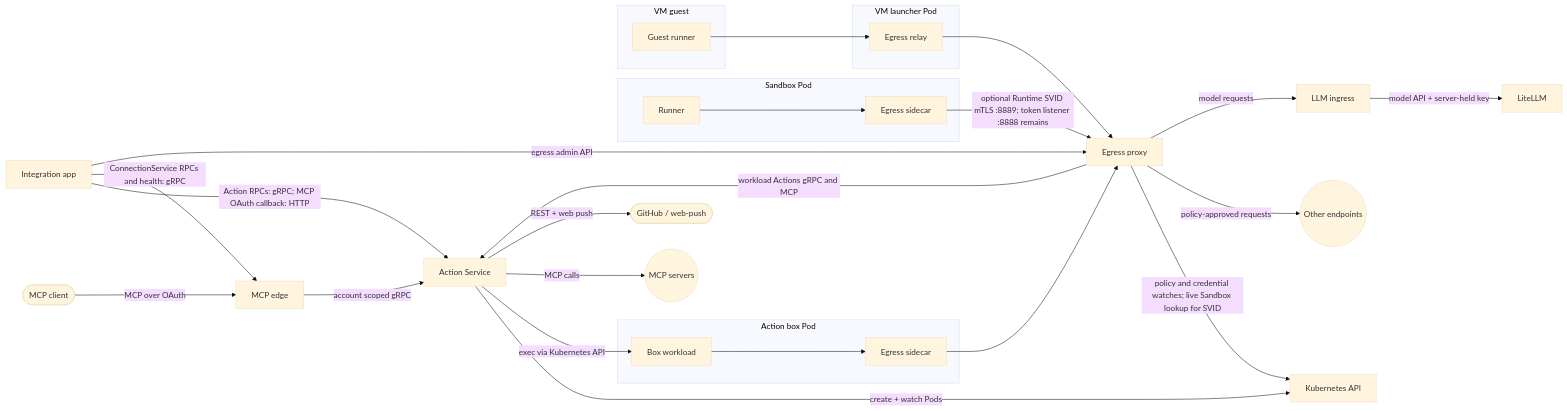
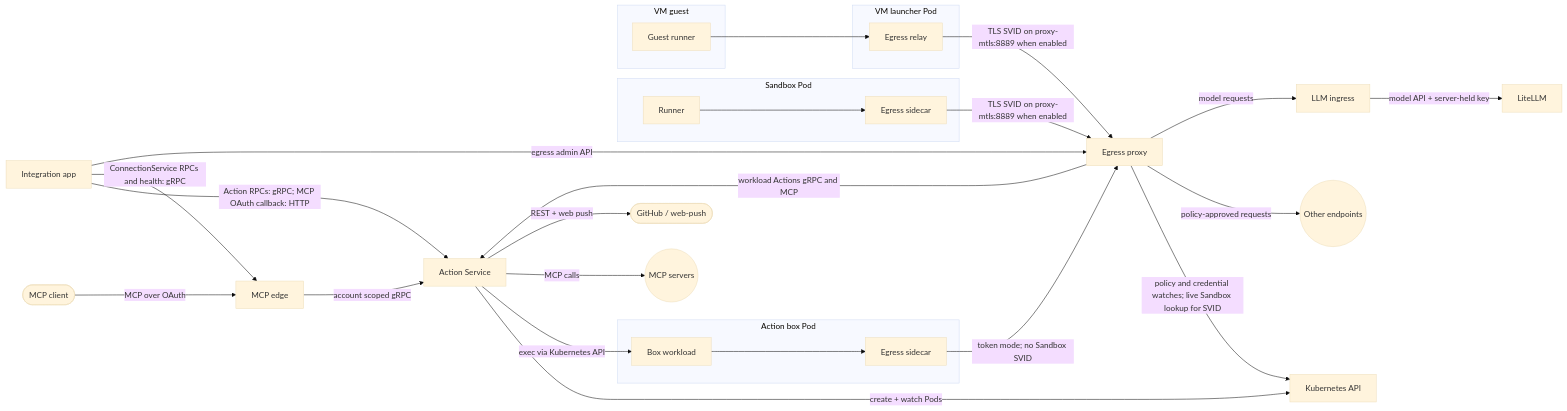
One commit to agentydragon/ducktape changed the ninth of 9 diagrams in agentplane/docs/system_overview.md. Above: the diagram before and after it, drawn with Mermaid (base theme). The commit also changed other lines of this file and 28 other files, not shown here.

Commit message:
agentplane: route workload egress over runner SVID

````diff
--- a/agentplane/docs/system_overview.md
+++ b/agentplane/docs/system_overview.md
@@ -501,47 +512,46 @@
 ```mermaid
 flowchart LR
     mcp_client([MCP client])
     github([GitHub / web-push])
     app[Integration app]
     actions[Action Service]
     edge[MCP edge]
     k8s[Kubernetes API]
     subgraph box[Action box Pod]
         workload[Box workload]
         box_sidecar[Egress sidecar]
     end
     subgraph sandbox[Sandbox Pod]
         runner[Runner]
         sidecar[Egress sidecar]
     end
     subgraph vm_guest[VM guest]
         guest[Guest runner]
     end
     subgraph vm_pod[VM launcher Pod]
         relay[Egress relay]
     end
     egress[Egress proxy]
     llm[LLM ingress]
     litellm[LiteLLM]
     other((Other endpoints))
     mcp_servers((MCP servers))
 
     mcp_client -->|MCP over OAuth| edge
     app -->|Action RPCs: gRPC; MCP OAuth callback: HTTP| actions
     app -->|ConnectionService RPCs and health: gRPC| edge
     edge -->|account scoped gRPC| actions
     actions -->|create + watch Pods| k8s
     actions -->|exec via Kubernetes API| workload
-    workload --> box_sidecar --> egress
-    runner --> sidecar
-    sidecar -->|optional Runtime SVID mTLS :8889; token listener :8888 remains| egress
-    guest --> relay --> egress
+    workload --> box_sidecar -->|token mode; no Sandbox SVID| egress
+    runner --> sidecar -->|TLS SVID on proxy-mtls:8889 when enabled| egress
+    guest --> relay -->|TLS SVID on proxy-mtls:8889 when enabled| egress
     app -->|egress admin API| egress
     egress -->|policy and credential watches; live Sandbox lookup for SVID| k8s
     egress -->|workload Actions gRPC and MCP| actions
     egress -->|policy-approved requests| other
     egress -->|model requests| llm
     llm -->|model API + server-held key| litellm
     actions -->|MCP calls| mcp_servers
     actions -->|REST + web push| github
 ```
````
